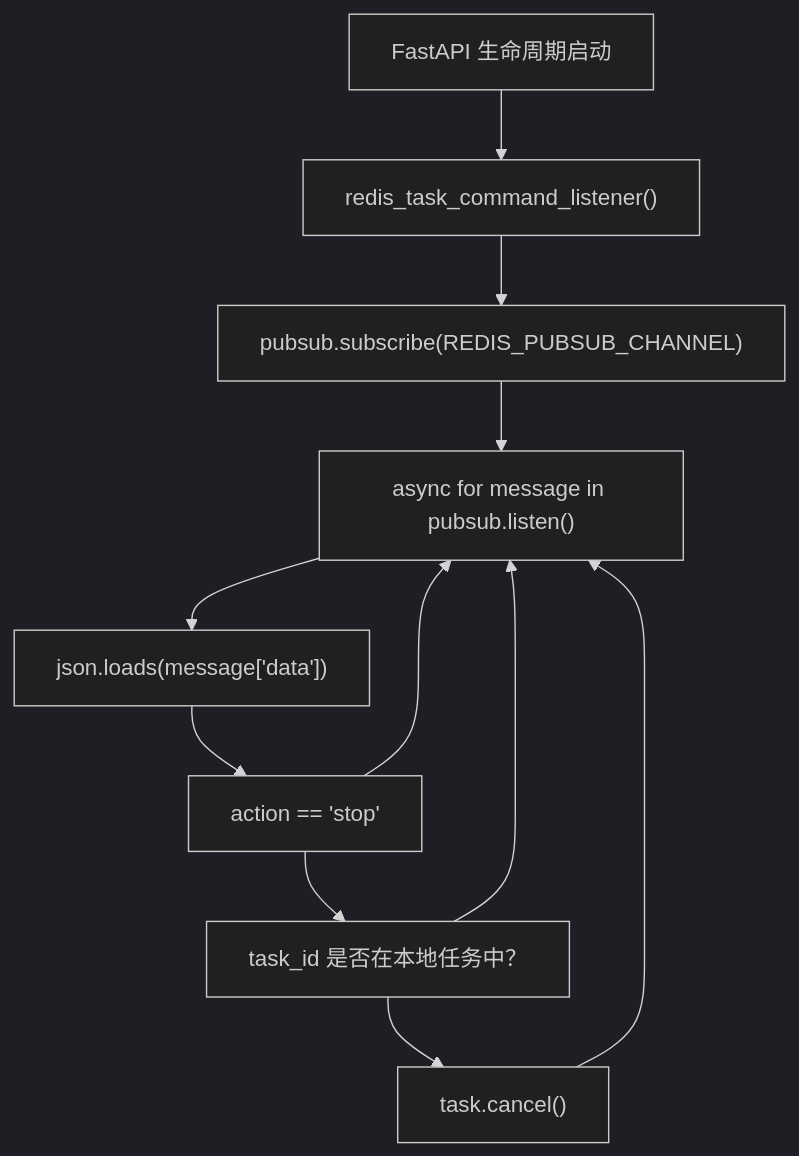
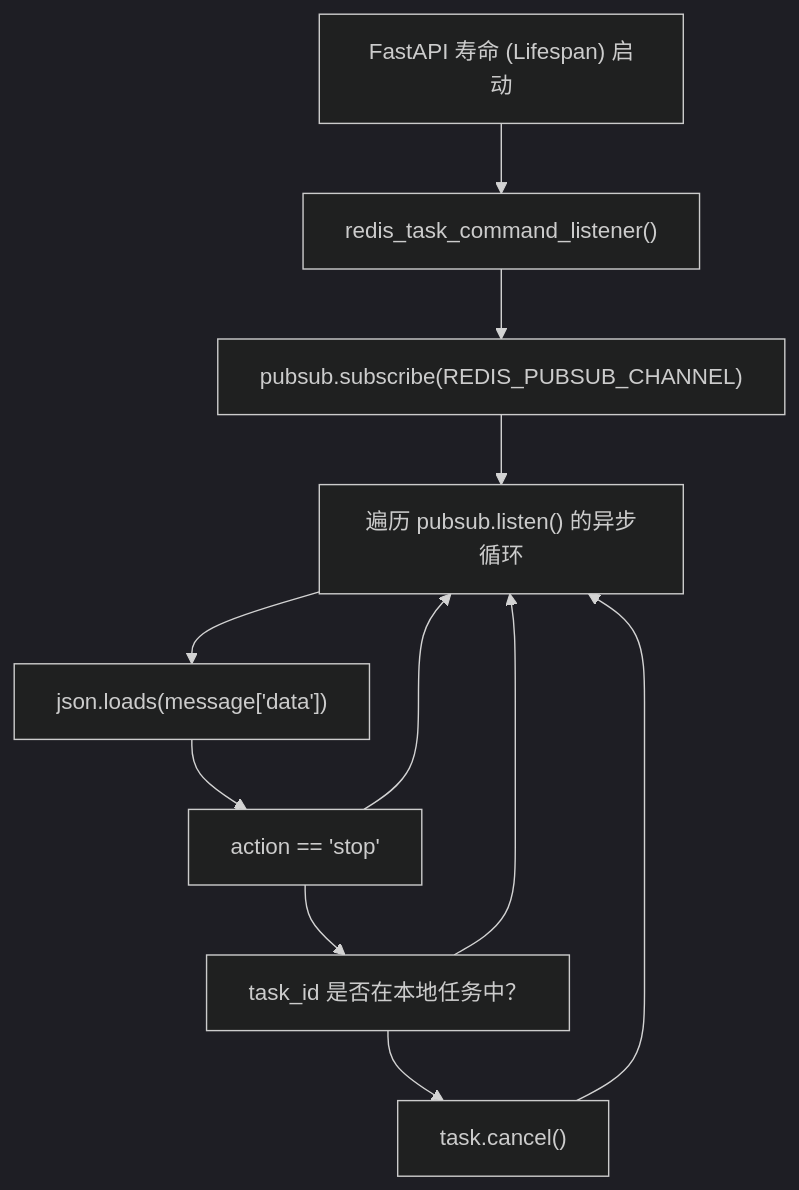
Before and after one commit to Chesszyh/Wiki: the eighth of 10 diagrams in tests/open-webui_deepwiki/zh/16-real-time-communication.md, drawn with Mermaid (dark theme). The commit also changed other lines of this file and 234 other files, not shown here.

````diff
--- a/tests/open-webui_deepwiki/zh/16-real-time-communication.md
+++ b/tests/open-webui_deepwiki/zh/16-real-time-communication.md
@@ -378,22 +378,22 @@
 ```mermaid
 flowchart TD
-    Startup["FastAPI 生命周期启动"]
+    Startup["FastAPI 寿命 (Lifespan) 启动"]
     Listener["redis_task_command_listener()"]
     Subscribe["pubsub.subscribe(REDIS_PUBSUB_CHANNEL)"]
-    Listen["async for message in pubsub.listen()"]
+    Listen["遍历 pubsub.listen() 的异步循环"]
     Parse["json.loads(message['data'])"]
     CheckAction["action == 'stop'"]
     CheckTask["task_id 是否在本地任务中？"]
     Cancel["task.cancel()"]
 
     Startup --> Listener
     Listener --> Subscribe
     Subscribe --> Listen
     Listen --> Parse
     Parse --> CheckAction
     CheckAction --> CheckTask
     CheckTask --> Cancel
     CheckTask --> Listen
     CheckAction --> Listen
     Cancel --> Listen
 ```
````
